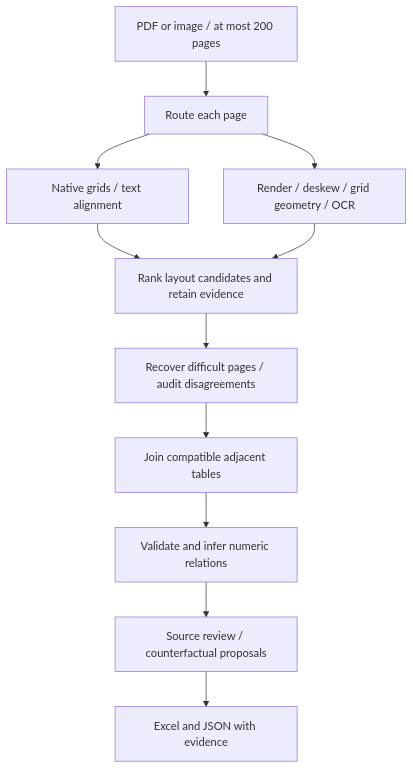
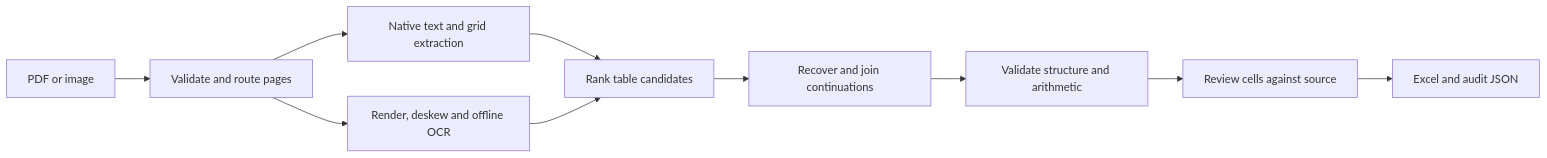
The diagram in README.md (Pranay207/Truecell), drawn with Mermaid before and after one commit. The commit also changed other lines of this file and 3 other files, not shown here.

````diff
--- a/README.md
+++ b/README.md
@@ -93,13 +140,12 @@
 ```mermaid
-flowchart TD
-    A[PDF or image / at most 200 pages] --> B[Route each page]
-    B --> C[Native grids / text alignment]
-    B --> D[Render / deskew / grid geometry / OCR]
-    C --> E[Rank layout candidates and retain evidence]
+flowchart LR
+    A[PDF or image] --> B[Validate and route pages]
+    B --> C[Native text and grid extraction]
+    B --> D[Render, deskew and offline OCR]
+    C --> E[Rank table candidates]
     D --> E
-    E --> F[Recover difficult pages / audit disagreements]
-    F --> G[Join compatible adjacent tables]
-    G --> H[Validate and infer numeric relations]
-    H --> I[Source review / counterfactual proposals]
-    I --> J[Excel and JSON with evidence]
+    E --> F[Recover and join continuations]
+    F --> G[Validate structure and arithmetic]
+    G --> H[Review cells against source]
+    H --> I[Excel and audit JSON]
 ```
````
